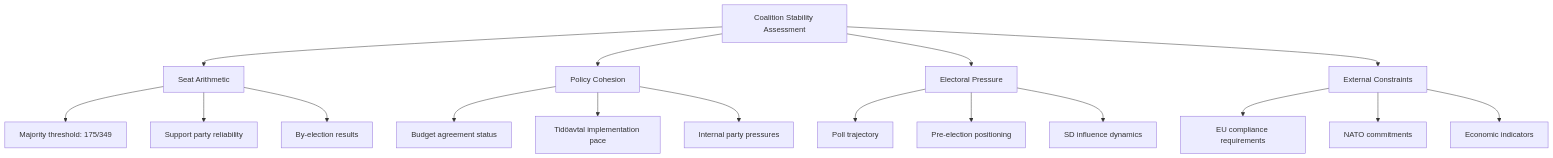
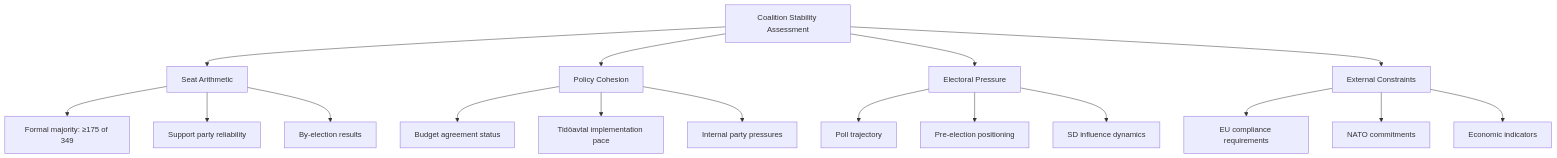
The second of 3 diagrams in analysis/methodologies/political-risk-methodology.md (Hack23/riksdagsmonitor), drawn with Mermaid before and after one commit. The commit also changed other lines of this file and 5 other files, not shown here.

First line of the commit message:
docs: fix review thread — party scoring, majority thresholds, Mermaid compat, notation consistency, aggregation rule

````diff
--- a/analysis/methodologies/political-risk-methodology.md
+++ b/analysis/methodologies/political-risk-methodology.md
@@ -90,23 +90,23 @@
 ```mermaid
 flowchart TD
     A[Coalition Stability Assessment] --> B[Seat Arithmetic]
     A --> C[Policy Cohesion]
     A --> D[Electoral Pressure]
     A --> E[External Constraints]
     
-    B --> B1[Majority threshold: 175/349]
+    B --> B1[Formal majority: ≥175 of 349]
     B --> B2[Support party reliability]
     B --> B3[By-election results]
     
     C --> C1[Budget agreement status]
     C --> C2[Tidöavtal implementation pace]
     C --> C3[Internal party pressures]
     
     D --> D1[Poll trajectory]
     D --> D2[Pre-election positioning]
     D --> D3[SD influence dynamics]
     
     E --> E1[EU compliance requirements]
     E --> E2[NATO commitments]
     E --> E3[Economic indicators]
 ```
````
